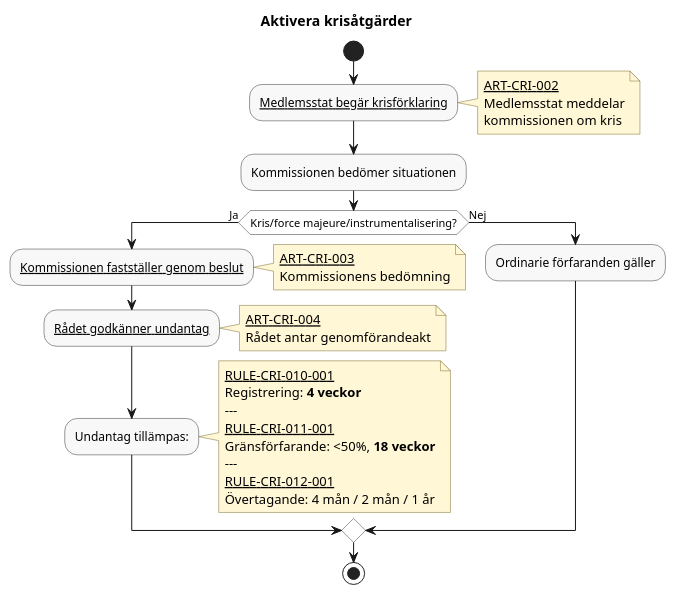
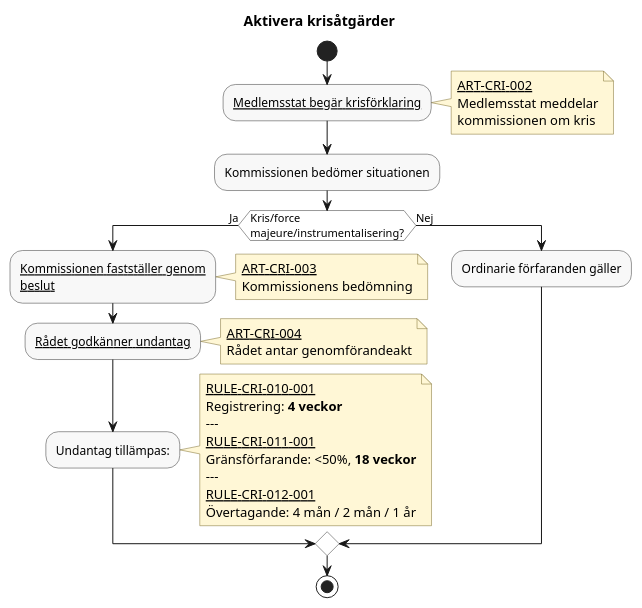
One commit to chrhe894/migration_pact changed the diagram in docs/domains/crisis/diagrams/activate-crisis-measures.pu. Above: the diagram before and after it, drawn with PlantUML. The commit also changed 21 other files, not shown here.

Commit message:
Fixes long activities in pu-diagram.

```diff
--- a/docs/domains/crisis/diagrams/activate-crisis-measures.pu
+++ b/docs/domains/crisis/diagrams/activate-crisis-measures.pu
@@ -14,65 +14,65 @@
 @startuml activate-crisis-measures
 
 title Aktivera krisåtgärder
 
 skinparam shadowing false
 skinparam HyperlinkColor Black
 skinparam HyperlinkUnderline true
 skinparam defaultFontName Arial
 skinparam activity {
   BackgroundColor #F8F8F8
   BorderColor #333333
   DiamondBackgroundColor #FFFFFF
   DiamondBorderColor #333333
 }
 skinparam note {
   BackgroundColor #FFF7D6
   BorderColor #7A6A2A
 }
 
 start
 
 :[[../articles/crisis-002.md Medlemsstat begär krisförklaring]];
 note right
   [[../articles/crisis-002.md ART-CRI-002]]
   Medlemsstat meddelar
   kommissionen om kris
 end note
 
 :Kommissionen bedömer situationen;
 
-if (Kris/force majeure/instrumentalisering?) then (Ja)
+if (Kris/force\nmajeure/instrumentalisering?) then (Ja)
 
-    :[[../articles/crisis-003.md Kommissionen fastställer genom beslut]];
+    :[[../articles/crisis-003.md Kommissionen fastställer genom\nbeslut]];
     note right
       [[../articles/crisis-003.md ART-CRI-003]]
       Kommissionens bedömning
     end note
 
     :[[../articles/crisis-004.md Rådet godkänner undantag]];
     note right
       [[../articles/crisis-004.md ART-CRI-004]]
       Rådet antar genomförandeakt
     end note
 
     :Undantag tillämpas:;
     note right
       [[../rules/rule-cri-010-001.md RULE-CRI-010-001]]
       Registrering: **4 veckor**
       ---
       [[../rules/rule-cri-011-001.md RULE-CRI-011-001]]
       Gränsförfarande: <50%, **18 veckor**
       ---
       [[../rules/rule-cri-012-001.md RULE-CRI-012-001]]
       Övertagande: 4 mån / 2 mån / 1 år
     end note
 
 else (Nej)
 
     :Ordinarie förfaranden gäller;
 
 endif
 
 stop
 
 @enduml
```
